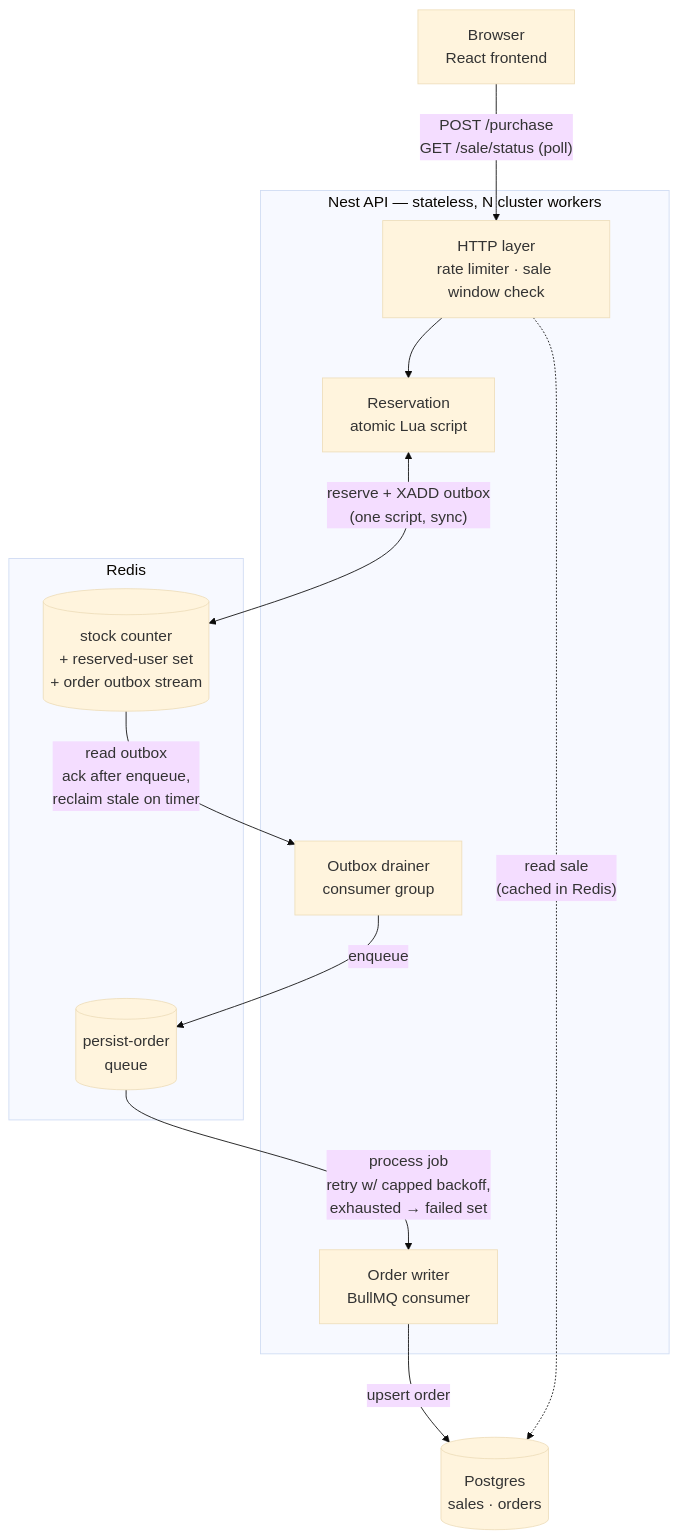
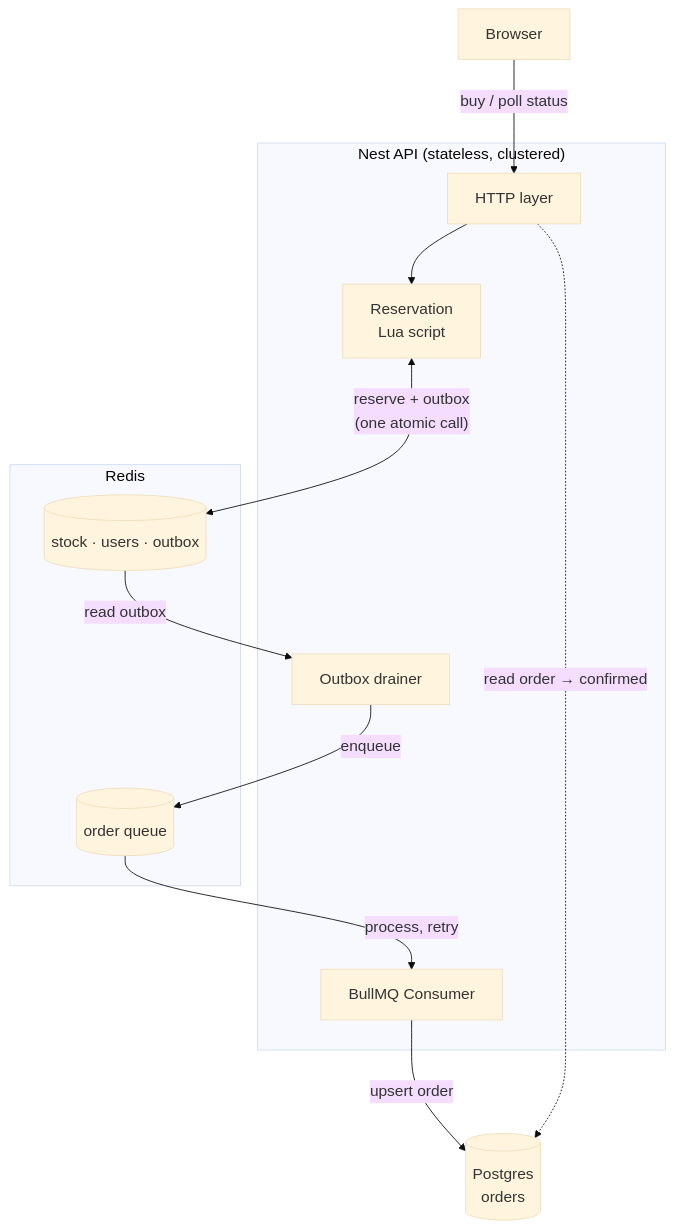
The diagram in README.md (sloonzz/flash-sale-exercise), drawn with Mermaid before and after one commit. The commit also changed other lines of this file and 19 other files, not shown here.

Commit message:
Overhaul reservation system; Fix performance test; Fix consumer pruning

````diff
--- a/README.md
+++ b/README.md
@@ -94,28 +92,28 @@
 ```mermaid
 %%{init: {"theme": "base", "themeVariables": {"fontSize": "18px"}, "flowchart": {"nodeSpacing": 60, "rankSpacing": 70, "padding": 16}}}%%
 flowchart TB
-    FE["Browser<br/>React frontend"]
+    FE["Browser"]
 
-    subgraph api["Nest API — stateless, N cluster workers"]
-        HTTP["HTTP layer<br/>rate limiter · sale window check"]
-        RES["Reservation<br/>atomic Lua script"]
-        DRAIN["Outbox drainer<br/>consumer group"]
-        CONS["Order writer<br/>BullMQ consumer"]
+    subgraph api["Nest API (stateless, clustered)"]
+        HTTP["HTTP layer"]
+        RES["Reservation<br/>Lua script"]
+        DRAIN["Outbox drainer"]
+        CONS["BullMQ Consumer"]
     end
 
     subgraph redis["Redis"]
-        STOCK[("stock counter<br/>+ reserved-user set<br/>+ order outbox stream")]
-        QUEUE[("persist-order<br/>queue")]
+        STOCK[("stock · users · outbox")]
+        QUEUE[("order queue")]
     end
 
-    PG[("Postgres<br/>sales · orders")]
+    PG[("Postgres<br/>orders")]
 
-    FE -->|"POST /purchase<br/>GET /sale/status (poll)"| HTTP
+    FE -->|"buy / poll status"| HTTP
     HTTP --> RES
-    RES <-->|"reserve + XADD outbox<br/>(one script, sync)"| STOCK
-    STOCK -->|"read outbox<br/>ack after enqueue,<br/>reclaim stale on timer"| DRAIN
+    RES <-->|"reserve + outbox<br/>(one atomic call)"| STOCK
+    STOCK -->|"read outbox"| DRAIN
     DRAIN -->|"enqueue"| QUEUE
-    QUEUE -->|"process job<br/>retry w/ capped backoff,<br/>exhausted → failed set"| CONS
+    QUEUE -->|"process, retry"| CONS
     CONS -->|"upsert order"| PG
-    HTTP -.->|"read sale<br/>(cached in Redis)"| PG
+    HTTP -.->|"read order → confirmed"| PG
 ```
````
